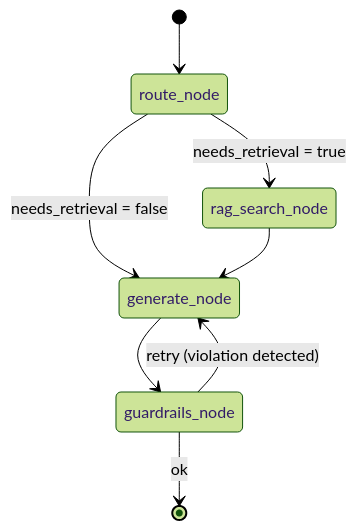
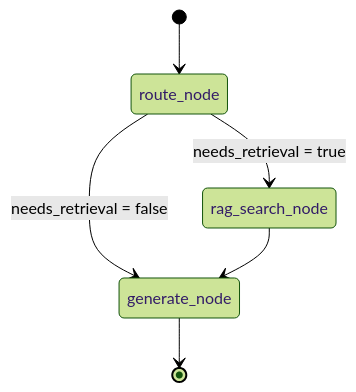
One commit to SeydinaBANE/enterprise-rag-agent changed the diagram in docs/architecture.md. Above: the diagram before and after it, drawn with Mermaid (forest theme). The commit also changed other lines of this file and 4 other files, not shown here.

````diff
--- a/docs/architecture.md
+++ b/docs/architecture.md
@@ -45,10 +45,8 @@
 ```mermaid
 stateDiagram-v2
     [*] --> route_node
     route_node --> rag_search_node : needs_retrieval = true
     route_node --> generate_node : needs_retrieval = false
     rag_search_node --> generate_node
-    generate_node --> guardrails_node
-    guardrails_node --> [*] : ok
-    guardrails_node --> generate_node : retry (violation detected)
+    generate_node --> [*]
 ```
````
